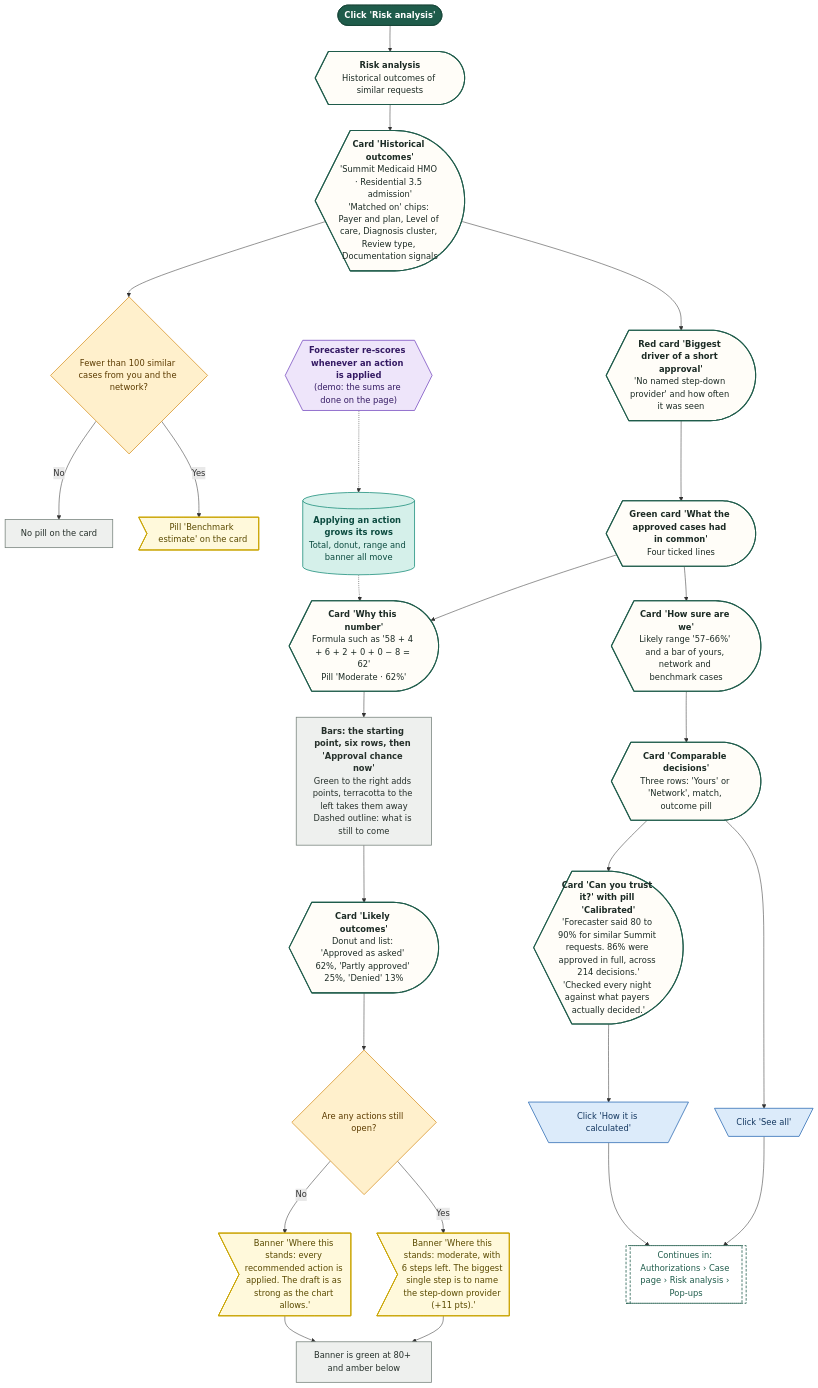
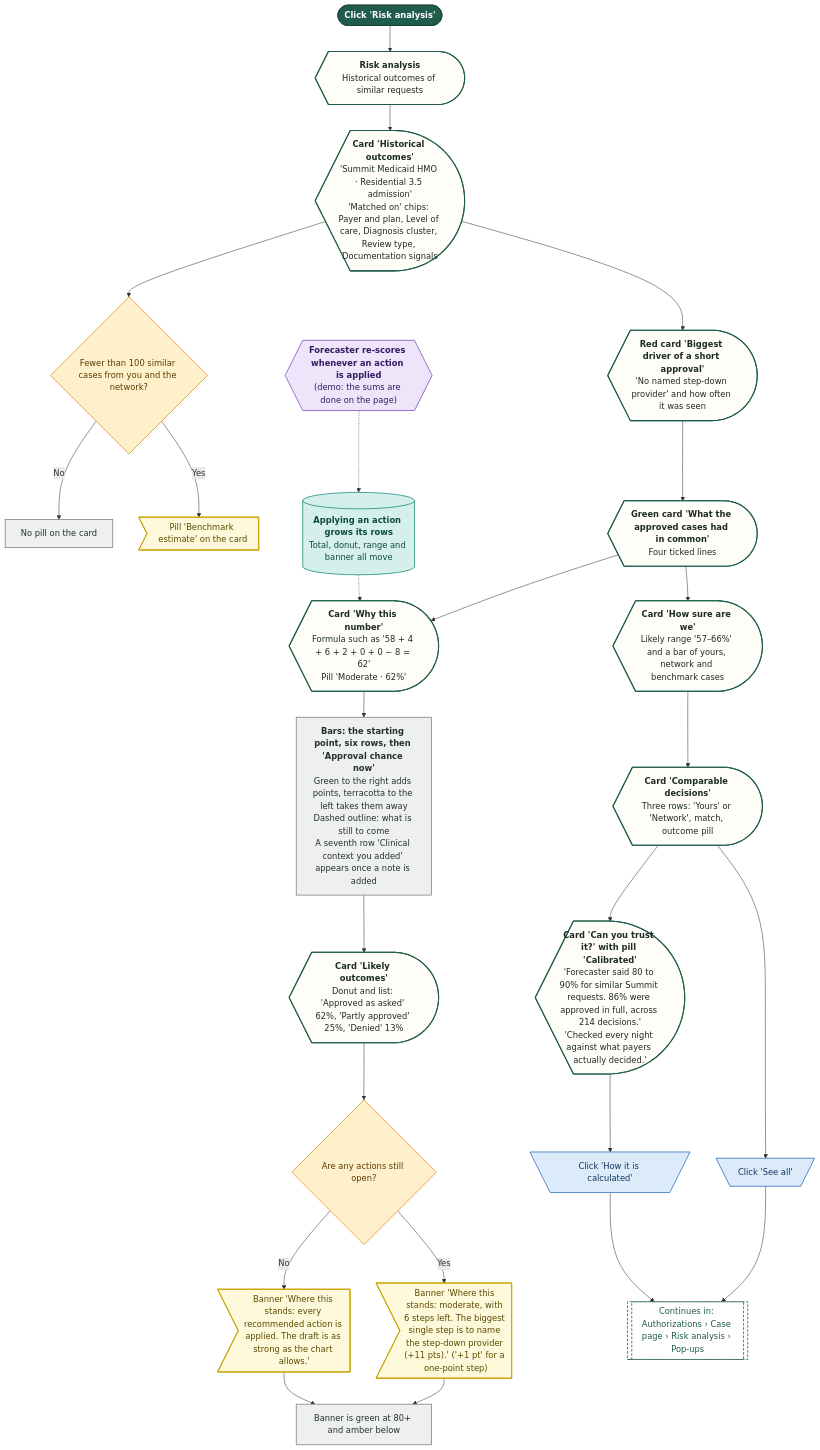
One commit to Shrav143/psyfloapp changed diagram 20 of 26 in demos/prior-auth-demo/workflows/out/md/03-authorizations.md. Above: the diagram before and after it, drawn with Mermaid. The commit also changed other lines of this file and 195 other files, not shown here.

First line of the commit message:
docs: Rebuild workflow diagrams after the demo fixes (220 diagrams)

````diff
--- a/demos/prior-auth-demo/workflows/out/md/03-authorizations.md
+++ b/demos/prior-auth-demo/workflows/out/md/03-authorizations.md
@@ -1469,64 +1575,64 @@
 ```mermaid
 %%{init: {"theme":"base","themeVariables":{"fontFamily":"'DM Sans', 'Segoe UI', system-ui, sans-serif","fontSize":"15px","lineColor":"#5B6B63","primaryTextColor":"#1C2B25","clusterBkg":"#FBF8F3","clusterBorder":"#D9CDBB","edgeLabelBackground":"#FFFFFF"},"flowchart":{"curve":"basis","nodeSpacing":36,"rankSpacing":48,"padding":12,"htmlLabels":true,"useMaxWidth":false,"wrappingWidth":230}} }%%
 flowchart TD
   classDef k_start fill:#1F5C4B,stroke:#174638,color:#FFFFFF,stroke-width:1.5px,font-weight:600
   classDef k_end fill:#DDEFE3,stroke:#2E7D4F,color:#14502F,stroke-width:1.5px,font-weight:600
   classDef k_endx fill:#FBE3E0,stroke:#C0392B,color:#7A1F16,stroke-width:1.5px,font-weight:600
   classDef k_screen fill:#FFFDF8,stroke:#1F5C4B,color:#1C2B25,stroke-width:2px
   classDef k_overlay fill:#F1F7F3,stroke:#1F5C4B,color:#1C2B25,stroke-width:2px,stroke-dasharray:5 3
   classDef k_click fill:#DCEBFA,stroke:#2F6DB5,color:#12365F,stroke-width:1.5px
   classDef k_input fill:#E4E7FF,stroke:#4C5FD5,color:#1D2670,stroke-width:1.5px
   classDef k_process fill:#EEF0EE,stroke:#7A857F,color:#26302B,stroke-width:1.5px
   classDef k_agent fill:#EEE5FA,stroke:#7A4FC2,color:#341A63,stroke-width:1.5px
   classDef k_decision fill:#FFF0CC,stroke:#D9962B,color:#5C3B00,stroke-width:1.5px
   classDef k_store fill:#D5F0EA,stroke:#1C8E7B,color:#0B4A3F,stroke-width:1.5px
   classDef k_doc fill:#F6E9DC,stroke:#B07A4C,color:#4A2E14,stroke-width:1.5px
   classDef k_ext fill:#FFE6D2,stroke:#E07B39,color:#6B2F06,stroke-width:1.5px
   classDef k_wait fill:#E4E8EE,stroke:#6B7C93,color:#26303D,stroke-width:1.5px
   classDef k_toast fill:#FFF9DB,stroke:#C9A400,color:#5A4A00,stroke-width:1.5px
   classDef k_goto fill:#FFFFFF,stroke:#1F5C4B,color:#1F5C4B,stroke-width:1.5px,stroke-dasharray:5 3
   s1@{ shape: stadium, label: "Click 'Risk analysis'" }
   rk@{ shape: curv-trap, label: "<b>Risk analysis</b><br/>Historical outcomes of similar requests" }
   h@{ shape: curv-trap, label: "<b>Card 'Historical outcomes'</b><br/>'Summit Medicaid HMO · Residential 3.5 admission'<br/>'Matched on' chips: Payer and plan, Level of care, Diagnosis cluster, Review type, Documentation signals" }
   dB@{ shape: diam, label: "Fewer than 100 similar cases from you and the network?" }
   nb@{ shape: rect, label: "No pill on the card" }
   bp@{ shape: odd, label: "Pill 'Benchmark estimate' on the card" }
   bg@{ shape: curv-trap, label: "<b>Red card 'Biggest driver of a short approval'</b><br/>'No named step-down provider' and how often it was seen" }
   cm@{ shape: curv-trap, label: "<b>Green card 'What the approved cases had in common'</b><br/>Four ticked lines" }
   wn@{ shape: curv-trap, label: "<b>Card 'Why this number'</b><br/>Formula such as '58 + 4 + 6 + 2 + 0 + 0 − 8 = 62'<br/>Pill 'Moderate · 62%'" }
-  bars@{ shape: rect, label: "<b>Bars: the starting point, six rows, then 'Approval chance now'</b><br/>Green to the right adds points, terracotta to the left takes them away<br/>Dashed outline: what is still to come" }
+  bars@{ shape: rect, label: "<b>Bars: the starting point, six rows, then 'Approval chance now'</b><br/>Green to the right adds points, terracotta to the left takes them away<br/>Dashed outline: what is still to come<br/>A seventh row 'Clinical context you added' appears once a note is added" }
   lo@{ shape: curv-trap, label: "<b>Card 'Likely outcomes'</b><br/>Donut and list: 'Approved as asked' 62%, 'Partly approved' 25%, 'Denied' 13%" }
   hs@{ shape: curv-trap, label: "<b>Card 'How sure are we'</b><br/>Likely range '57–66%' and a bar of yours, network and benchmark cases" }
   cd@{ shape: curv-trap, label: "<b>Card 'Comparable decisions'</b><br/>Three rows: 'Yours' or 'Network', match, outcome pill" }
   sa@{ shape: trap-t, label: "Click 'See all'" }
   ct@{ shape: curv-trap, label: "<b>Card 'Can you trust it?' with pill 'Calibrated'</b><br/>'Forecaster said 80 to 90% for similar Summit requests. 86% were approved in full, across 214 decisions.'<br/>'Checked every night against what payers actually decided.'" }
   hc@{ shape: trap-t, label: "Click 'How it is calculated'" }
   dOp@{ shape: diam, label: "Are any actions still open?" }
-  b1@{ shape: odd, label: "Banner 'Where this stands: moderate, with 6 steps left. The biggest single step is to name the step-down provider (+11 pts).'" }
+  b1@{ shape: odd, label: "Banner 'Where this stands: moderate, with 6 steps left. The biggest single step is to name the step-down provider (+11 pts).' ('+1 pt' for a one-point step)" }
   b2@{ shape: odd, label: "Banner 'Where this stands: every recommended action is applied. The draft is as strong as the chart allows.'" }
   cl@{ shape: rect, label: "Banner is green at 80+ and amber below" }
   fc@{ shape: hex, label: "<b>Forecaster re-scores whenever an action is applied</b><br/>(demo: the sums are done on the page)" }
   ap@{ shape: cyl, label: "<b>Applying an action grows its rows</b><br/>Total, donut, range and banner all move" }
   g1@{ shape: subproc, label: "Continues in: Authorizations › Case page › Risk analysis › Pop-ups" }
   s1 --> rk --> h --> dB
   dB -->|"Yes"| bp
   dB -->|"No"| nb
   h --> bg --> cm
   cm --> wn --> bars --> lo --> dOp
   cm --> hs --> cd --> ct
   cd --> sa --> g1
   ct --> hc --> g1
   dOp -->|"Yes"| b1 --> cl
   dOp -->|"No"| b2 --> cl
   fc -.-> ap
   ap -.-> wn
   class s1 k_start
   class rk,h,bg,cm,wn,lo,hs,cd,ct k_screen
   class dB,dOp k_decision
   class nb,bars,cl k_process
   class bp,b1,b2 k_toast
   class sa,hc k_click
   class fc k_agent
   class ap k_store
   class g1 k_goto
 ```
````
